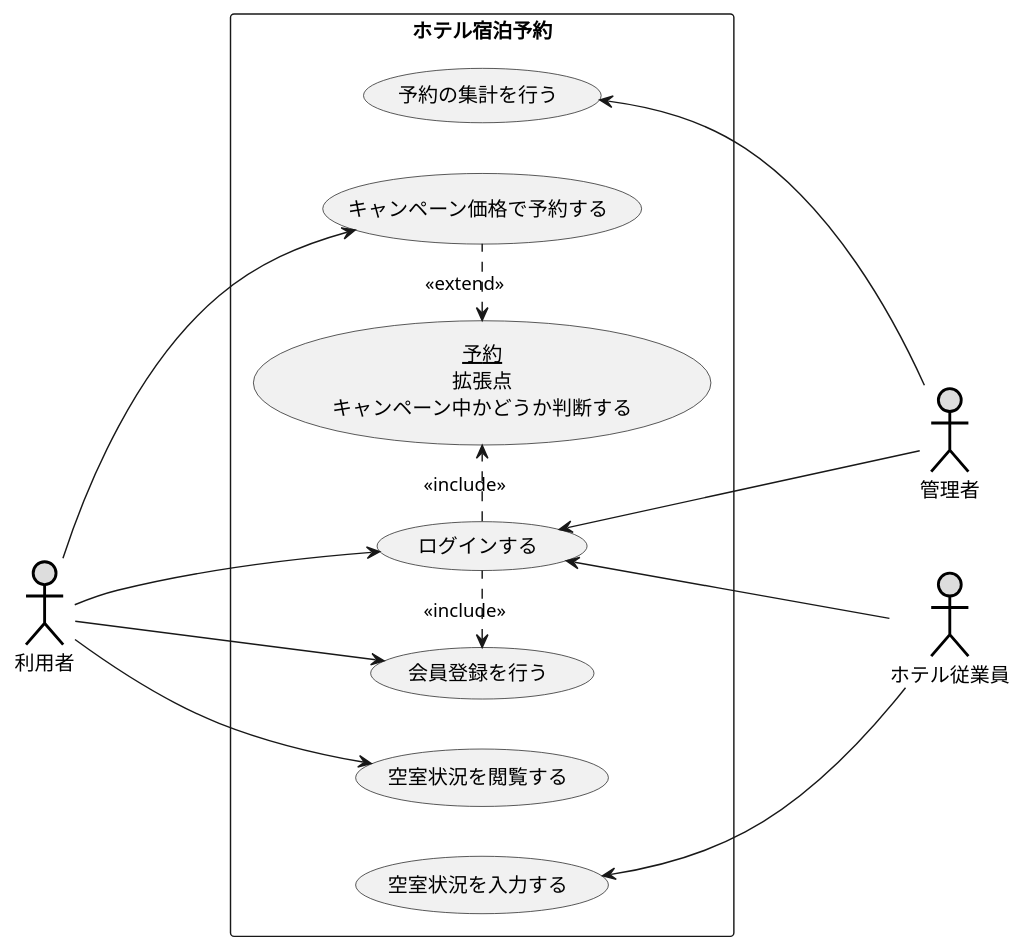
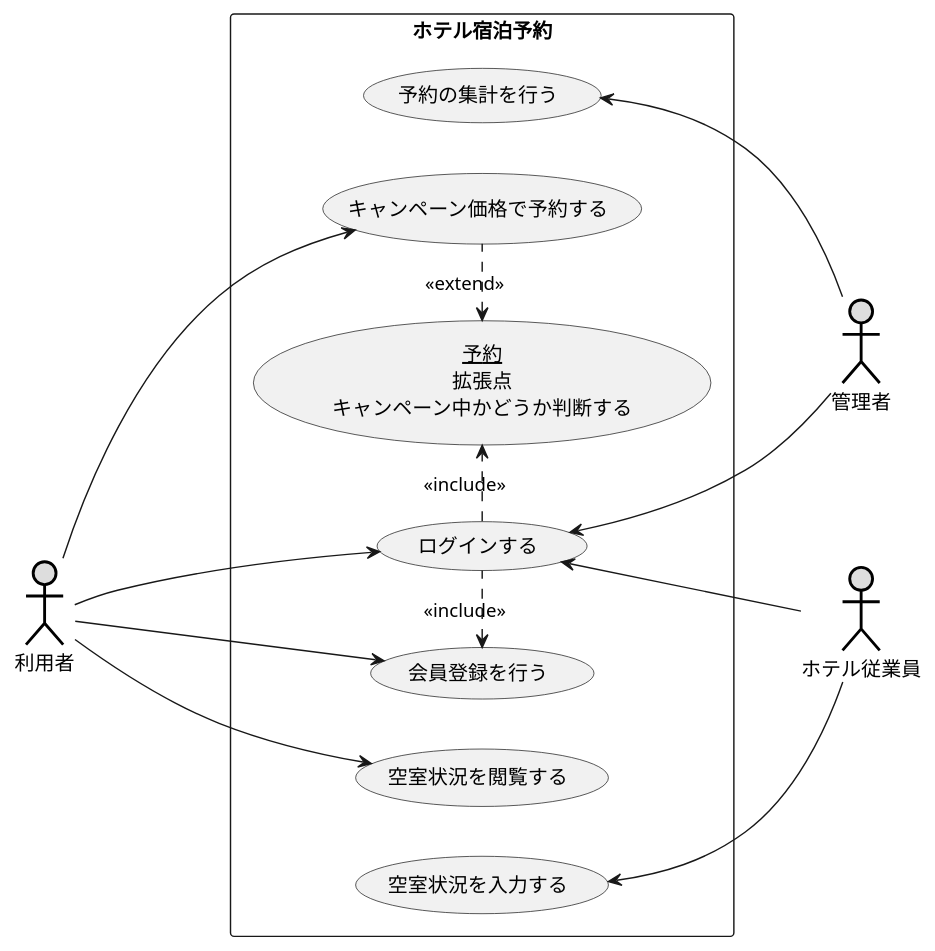
One commit to kazuki220/uml-introduction changed the diagram in 演習2-8_UC_ホテル予約システム.pu. Above: the diagram before and after it, drawn with PlantUML.

Commit message:
演習2-8の新規作成

```diff
--- a/演習2-8_UC_ホテル予約システム.pu
+++ b/演習2-8_UC_ホテル予約システム.pu
@@ -1,26 +1,26 @@
 @startuml ユースケース図
 left to right direction
 actor 利用者 #DDDDDD;line:black;line.bold;
 actor ホテル従業員 #DDDDDD;line:black;line.bold;
 actor 管理者 #DDDDDD;line:black;line.bold;
 rectangle ホテル宿泊予約 {
 usecase 空室状況を閲覧する   
 usecase 空室状況を入力する
 usecase 予約の集計を行う
 usecase ログインする
 usecase 会員登録を行う
 usecase (<u>予約</u>\n拡張点\nキャンペーン中かどうか判断する) as input
 usecase キャンペーン価格で予約する
 }
 利用者 ---> キャンペーン価格で予約する
 利用者 --> ログインする
 利用者 --> 会員登録を行う
 利用者 --> 空室状況を閲覧する
 ログインする <-- ホテル従業員
-空室状況を入力する <--- ホテル従業員
-ログインする <--- 管理者
+空室状況を入力する <-- ホテル従業員
+ログインする <-- 管理者
 予約の集計を行う <-right- 管理者
 input <. (キャンペーン価格で予約する) : <<extend>>
 ログインする .> input : << include >>
 会員登録を行う <. ログインする : << include >>
 @enduml
```
